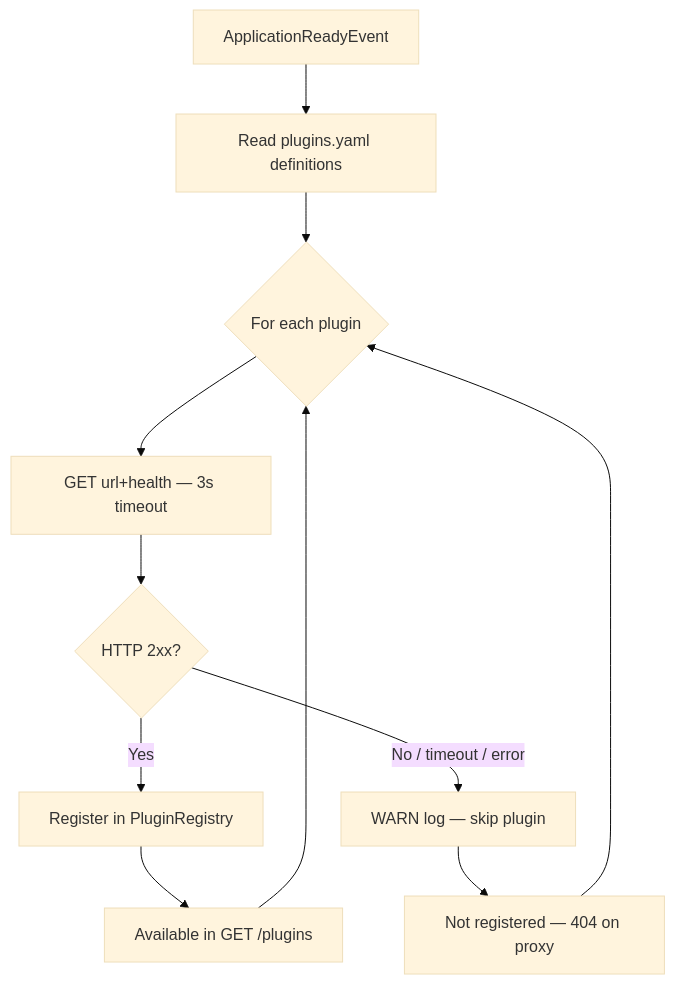
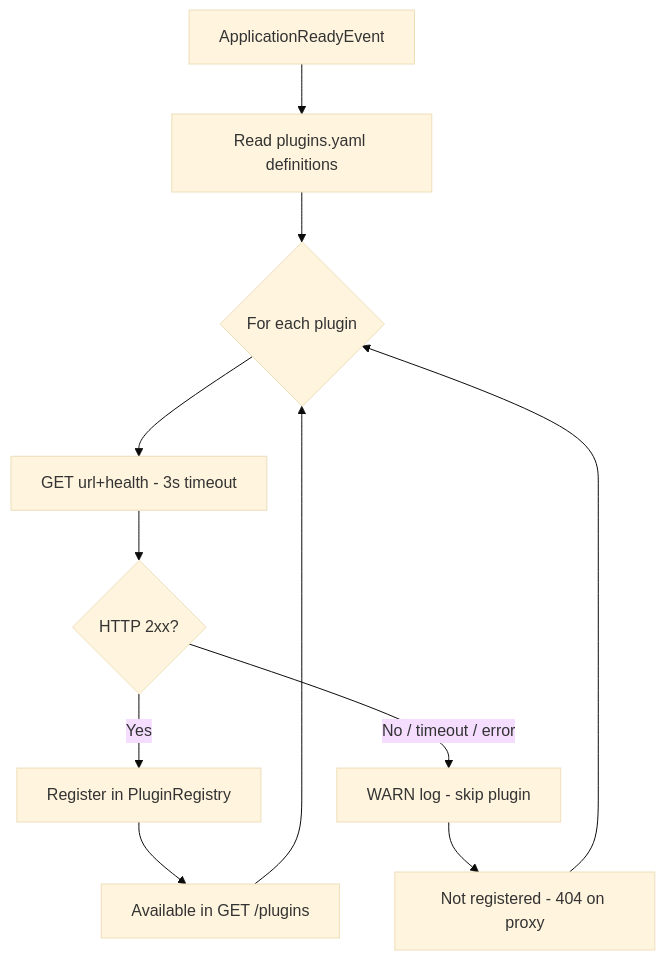
The first of 2 diagrams in docs/plugins.md (uni2growcm/openhospital-api), drawn with Mermaid (base theme) before and after one commit. The commit also changed other lines of this file, not shown here.

````diff
--- a/docs/plugins.md
+++ b/docs/plugins.md
@@ -248,13 +199,13 @@
 ```mermaid
 flowchart TD
     A[ApplicationReadyEvent] --> B[Read plugins.yaml definitions]
     B --> C{For each plugin}
-    C --> D[GET url+health — 3s timeout]
+    C --> D[GET url+health - 3s timeout]
     D --> E{HTTP 2xx?}
     E -->|Yes| F[Register in PluginRegistry]
-    E -->|No / timeout / error| G[WARN log — skip plugin]
+    E -->|No / timeout / error| G[WARN log - skip plugin]
     F --> H[Available in GET /plugins]
-    G --> I[Not registered — 404 on proxy]
+    G --> I[Not registered - 404 on proxy]
     H --> C
     I --> C
 ```
````
